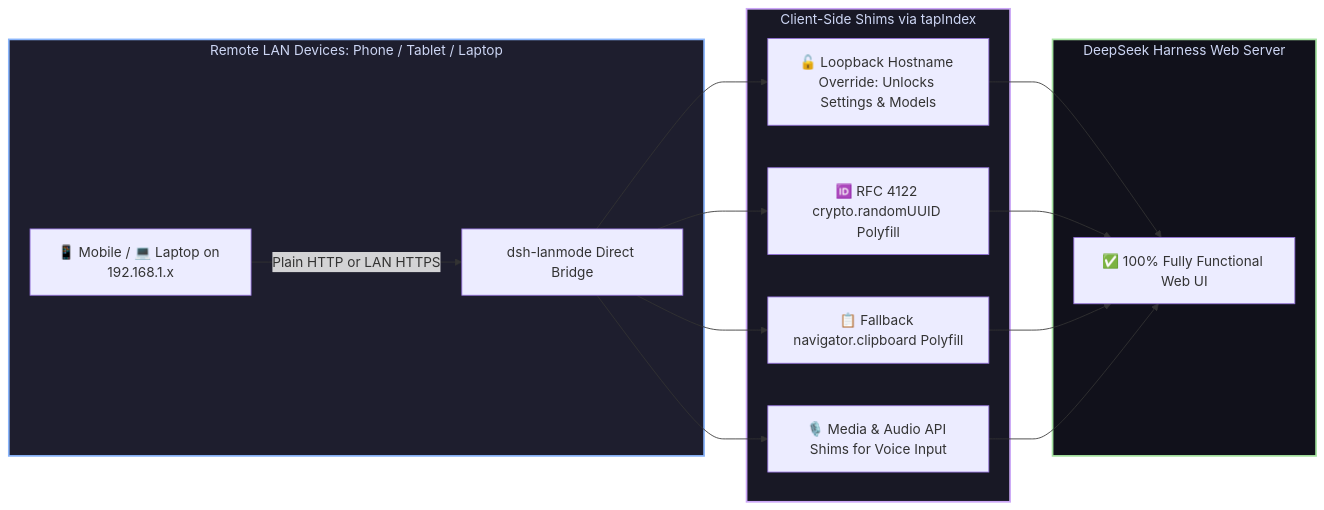
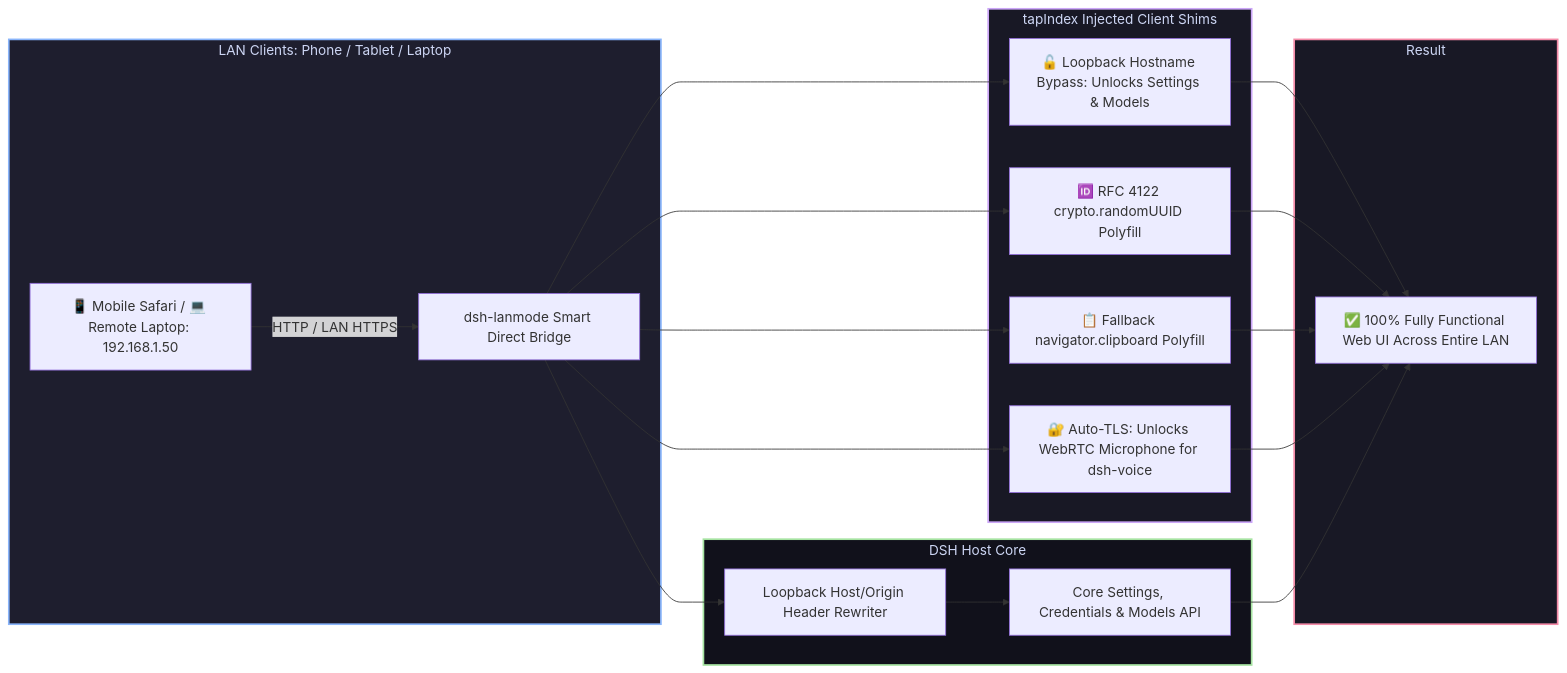
Before and after one commit to GooDAnDReaDY/dsh-lanmode: the diagram in README.md, drawn with Mermaid. The commit also changed other lines of this file and 2 other files, not shown here.

Commit message:
docs: expand dsh-lanmode with complete 8-feature breakdown, 3 operating modes, auto-TLS, CIDR & debugging switches

````diff
--- a/README.md
+++ b/README.md
@@ -36,24 +36,31 @@
 ```mermaid
 graph LR
-    subgraph LANDevices [Remote LAN Devices: Phone / Tablet / Laptop]
-        Device[📱 Mobile / 💻 Laptop on 192.168.1.x] -->|Plain HTTP or LAN HTTPS| Bridge[dsh-lanmode Direct Bridge]
+    subgraph RemoteDevices [LAN Clients: Phone / Tablet / Laptop]
+        Client[📱 Mobile Safari / 💻 Remote Laptop: 192.168.1.50] -->|HTTP / LAN HTTPS| Bridge[dsh-lanmode Smart Direct Bridge]
     end
 
-    subgraph Shims [Client-Side Shims via tapIndex]
-        Bridge --> Shim1[🔓 Loopback Hostname Override: Unlocks Settings & Models]
+    subgraph ShimsLayer [tapIndex Injected Client Shims]
+        Bridge --> Shim1[🔓 Loopback Hostname Bypass: Unlocks Settings & Models]
         Bridge --> Shim2[🆔 RFC 4122 crypto.randomUUID Polyfill]
         Bridge --> Shim3[📋 Fallback navigator.clipboard Polyfill]
-        Bridge --> Shim4[🎙️ Media & Audio API Shims for Voice Input]
+        Bridge --> Shim4[🔐 Auto-TLS: Unlocks WebRTC Microphone for dsh-voice]
     end
 
-    subgraph DSHCore [DeepSeek Harness Web Server]
-        Shim1 --> FullWeb[✅ 100% Fully Functional Web UI]
+    subgraph HostBackend [DSH Host Core]
+        Bridge --> HeaderRewrite[Loopback Host/Origin Header Rewriter]
+        HeaderRewrite --> PrivilegedAPI[Core Settings, Credentials & Models API]
+    end
+
+    subgraph Output [Result]
+        Shim1 --> FullWeb[✅ 100% Fully Functional Web UI Across Entire LAN]
         Shim2 --> FullWeb
         Shim3 --> FullWeb
         Shim4 --> FullWeb
+        PrivilegedAPI --> FullWeb
     end
 
-    style LANDevices fill:#1e1e2e,stroke:#89b4fa,stroke-width:2px,color:#cdd6f4
-    style Shims fill:#181825,stroke:#cba6f7,stroke-width:2px,color:#cdd6f4
-    style DSHCore fill:#11111b,stroke:#a6e3a1,stroke-width:2px,color:#cdd6f4
+    style RemoteDevices fill:#1e1e2e,stroke:#89b4fa,stroke-width:2px,color:#cdd6f4
+    style ShimsLayer fill:#181825,stroke:#cba6f7,stroke-width:2px,color:#cdd6f4
+    style HostBackend fill:#11111b,stroke:#a6e3a1,stroke-width:2px,color:#cdd6f4
+    style Output fill:#181825,stroke:#f38ba8,stroke-width:2px,color:#cdd6f4
 ```
````
